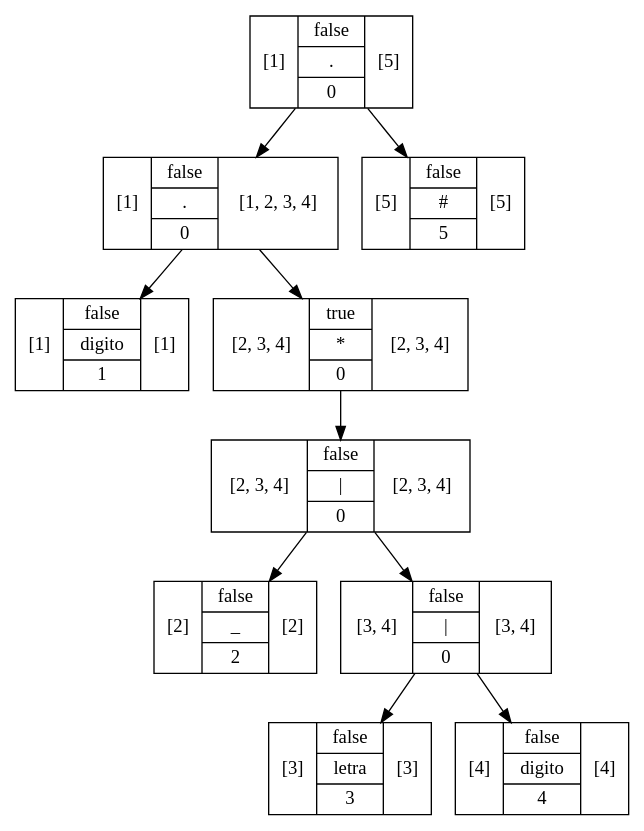
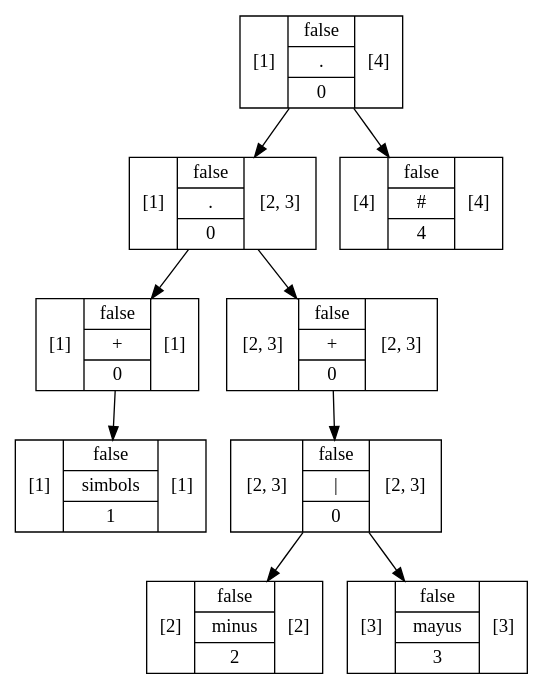
One commit to RojasCJP/Proyecto1_Compi1 changed the diagram in out/production/Proyecto1/Graphviz/Arbol28.dot. Above: the diagram before and after it, drawn with Graphviz. The commit also changed 616 other files, not shown here.

```diff
--- a/out/production/Proyecto1/Graphviz/Arbol28.dot
+++ b/out/production/Proyecto1/Graphviz/Arbol28.dot
@@ -1,21 +1,19 @@
 digraph structs {
-    node [shape=record];ArbolNodoMetodo1df53da3[label="[1]|{false|{digito}|1}|[1]"];
-ArbolNodoMetodo6635b6f3[label="[2]|{false|{_}|2}|[2]"];
-ArbolNodoMetodo9c9aad9[label="[3]|{false|{letra}|3}|[3]"];
-ArbolNodoMetodoba3ae26[label="[4]|{false|{digito}|4}|[4]"];
-ArbolNodoMetodo3f8f92d4[label="[3, 4]|{false|{\|}|0}|[3, 4]"];
-ArbolNodoMetodo3f8f92d4 -> ArbolNodoMetodo9c9aad9;
-ArbolNodoMetodo3f8f92d4 -> ArbolNodoMetodoba3ae26;
-ArbolNodoMetodo744639f8[label="[2, 3, 4]|{false|{\|}|0}|[2, 3, 4]"];
-ArbolNodoMetodo744639f8 -> ArbolNodoMetodo6635b6f3;
-ArbolNodoMetodo744639f8 -> ArbolNodoMetodo3f8f92d4;
-ArbolNodoMetodo309dcacb[label="[2, 3, 4]|{true|{*}|0}|[2, 3, 4]"];
-ArbolNodoMetodo309dcacb -> ArbolNodoMetodo744639f8;
-ArbolNodoMetodo26598060[label="[1]|{false|{.}|0}|[1, 2, 3, 4]"];
-ArbolNodoMetodo26598060 -> ArbolNodoMetodo1df53da3;
-ArbolNodoMetodo26598060 -> ArbolNodoMetodo309dcacb;
-ArbolNodoMetodo6503af4d[label="[5]|{false|{#}|5}|[5]"];
-ArbolNodoMetodo20cfd3ec[label="[1]|{false|{.}|0}|[5]"];
-ArbolNodoMetodo20cfd3ec -> ArbolNodoMetodo26598060;
-ArbolNodoMetodo20cfd3ec -> ArbolNodoMetodo6503af4d;
+    node [shape=record];ArbolNodoMetodo44b39a33[label="[1]|{false|{simbols}|1}|[1]"];
+ArbolNodoMetodo32296b49[label="[1]|{false|{+}|0}|[1]"];
+ArbolNodoMetodo32296b49 -> ArbolNodoMetodo44b39a33;
+ArbolNodoMetodo2381aa79[label="[2]|{false|{minus}|2}|[2]"];
+ArbolNodoMetodo37c4d154[label="[3]|{false|{mayus}|3}|[3]"];
+ArbolNodoMetodo6f7ea79d[label="[2, 3]|{false|{\|}|0}|[2, 3]"];
+ArbolNodoMetodo6f7ea79d -> ArbolNodoMetodo2381aa79;
+ArbolNodoMetodo6f7ea79d -> ArbolNodoMetodo37c4d154;
+ArbolNodoMetodo1674fa18[label="[2, 3]|{false|{+}|0}|[2, 3]"];
+ArbolNodoMetodo1674fa18 -> ArbolNodoMetodo6f7ea79d;
+ArbolNodoMetodo380848cd[label="[1]|{false|{.}|0}|[2, 3]"];
+ArbolNodoMetodo380848cd -> ArbolNodoMetodo32296b49;
+ArbolNodoMetodo380848cd -> ArbolNodoMetodo1674fa18;
+ArbolNodoMetodo29d760e9[label="[4]|{false|{#}|4}|[4]"];
+ArbolNodoMetodo330f6801[label="[1]|{false|{.}|0}|[4]"];
+ArbolNodoMetodo330f6801 -> ArbolNodoMetodo380848cd;
+ArbolNodoMetodo330f6801 -> ArbolNodoMetodo29d760e9;
 }
```
